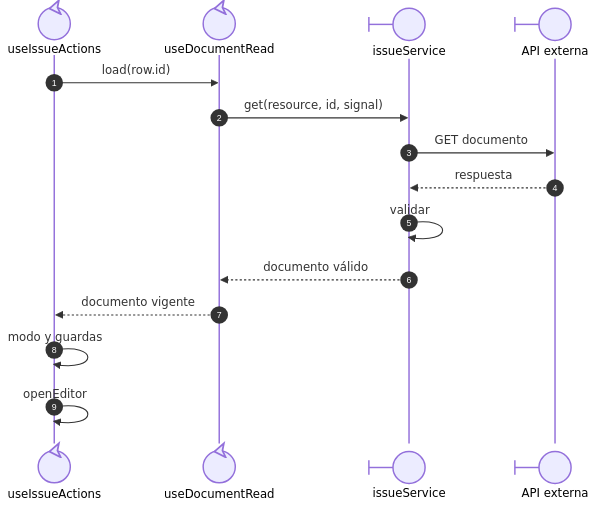
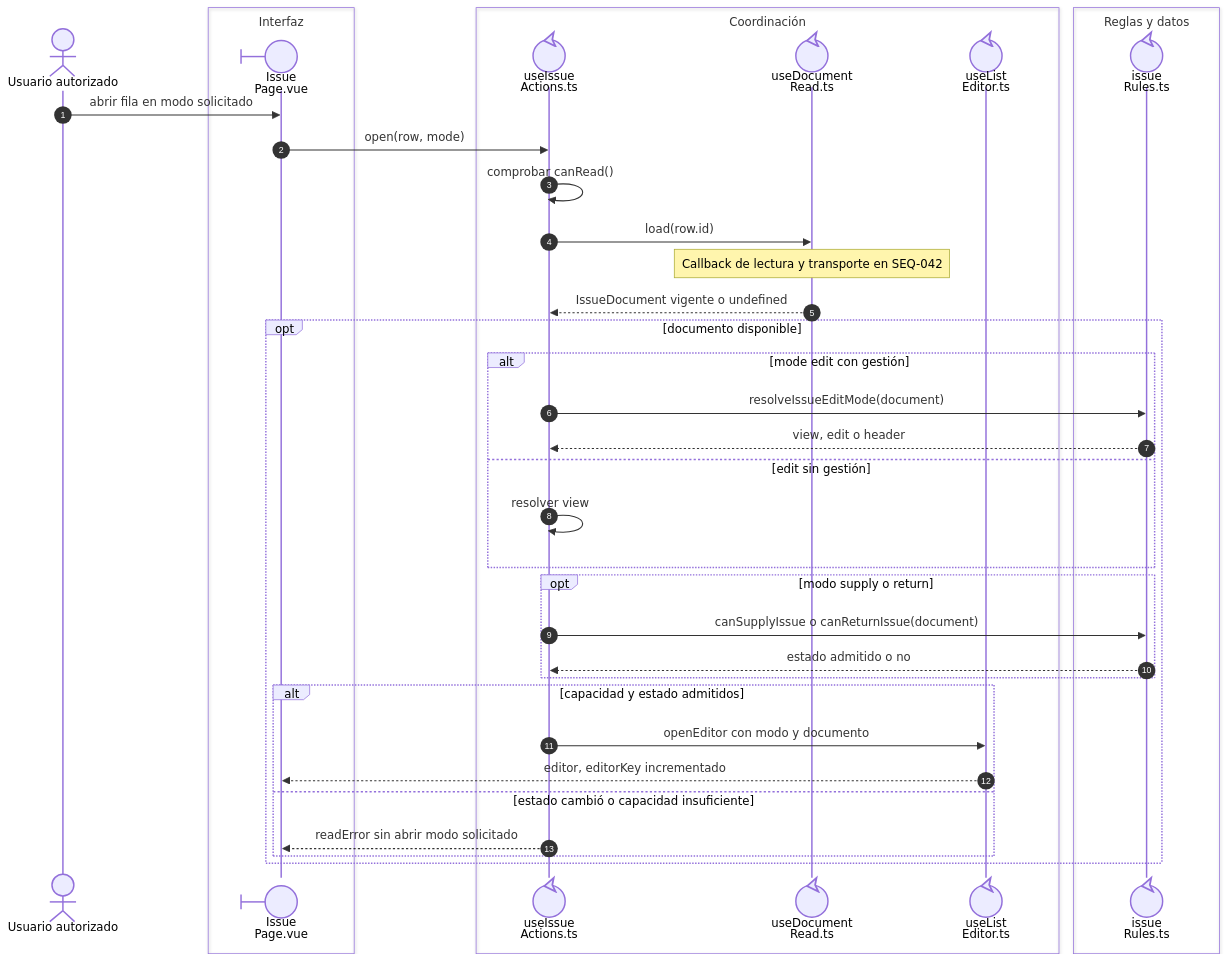
One commit to gpgsistemas01/nexus changed the first of 2 diagrams in front/docs/architecture/views/processes/07-issues/01-issue-open-save.md. Above: the diagram before and after it, drawn with Mermaid. The commit also changed other lines of this file and 46 other files, not shown here.

Commit message:
docs: alinear secuencias Vue con participantes y callbacks reales

````diff
--- a/front/docs/architecture/views/processes/07-issues/01-issue-open-save.md
+++ b/front/docs/architecture/views/processes/07-issues/01-issue-open-save.md
@@ -15,17 +13,40 @@
 ```mermaid
 sequenceDiagram
     autonumber
-    participant Actions@{ "type": "control" } as useIssueActions
-    participant Reader@{ "type": "control" } as useDocumentRead
-    participant Service@{ "type": "boundary" } as issueService
-    participant API@{ "type": "boundary" } as API externa
+    actor U as Usuario autorizado
+    box Interfaz
+    participant Page@{ "type": "boundary" } as Issue<br/>Page.vue
+    end
+    box Coordinación
+    participant Actions@{ "type": "control" } as useIssue<br/>Actions.ts
+    participant Reader@{ "type": "control" } as useDocument<br/>Read.ts
+    participant State@{ "type": "control" } as useList<br/>Editor.ts
+    end
+    box Reglas y datos
+    participant Rules@{ "type": "control" } as issue<br/>Rules.ts
+    end
+    U->>Page: abrir fila en modo solicitado
+    Page->>Actions: open(row, mode)
+    Actions->>Actions: comprobar canRead()
     Actions->>Reader: load(row.id)
-    Reader->>Service: get(resource, id, signal)
-    Service->>API: GET documento
-    API-->>Service: respuesta
-    Service->>Service: validar
-    Service-->>Reader: documento válido
-    Reader-->>Actions: documento vigente
-    Actions->>Actions: modo y guardas
-    Actions->>Actions: openEditor
+    Note over Reader: Callback de lectura y transporte en SEQ-042
+    Reader-->>Actions: IssueDocument vigente o undefined
+    opt documento disponible
+        alt mode edit con gestión
+            Actions->>Rules: resolveIssueEditMode(document)
+            Rules-->>Actions: view, edit o header
+        else edit sin gestión
+            Actions->>Actions: resolver view
+        end
+        opt modo supply o return
+            Actions->>Rules: canSupplyIssue o canReturnIssue(document)
+            Rules-->>Actions: estado admitido o no
+        end
+        alt capacidad y estado admitidos
+            Actions->>State: openEditor con modo y documento
+            State-->>Page: editor, editorKey incrementado
+        else estado cambió o capacidad insuficiente
+            Actions-->>Page: readError sin abrir modo solicitado
+        end
+    end
 ```
````
